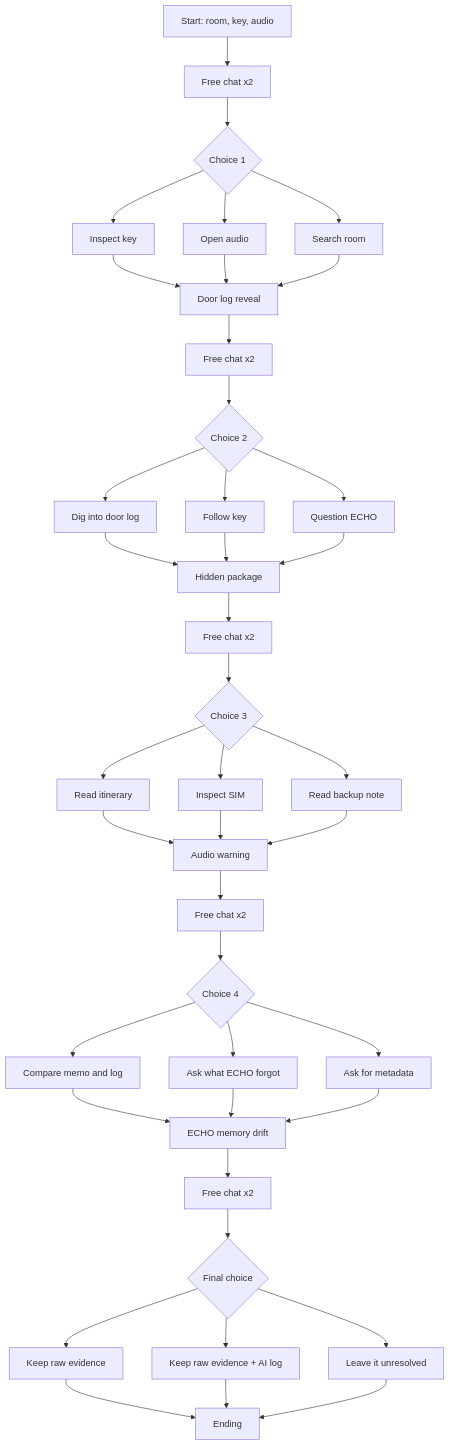
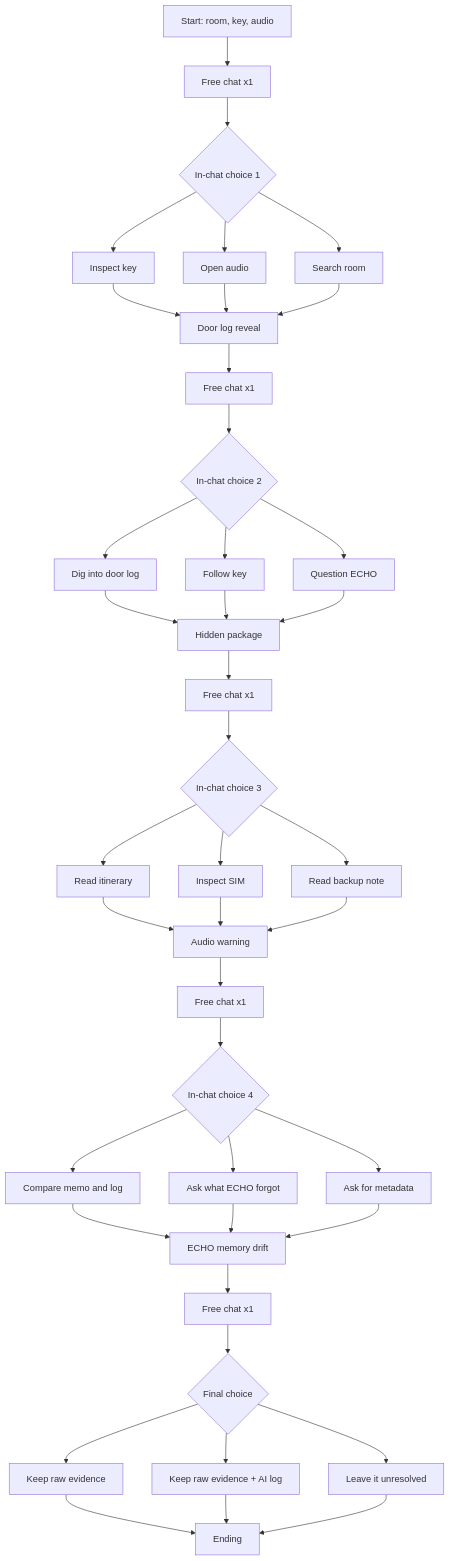
Before and after one commit to Kyle-Wang0211/echo-casefile-p5: the diagram in docs/conversation-flow.md, drawn with Mermaid. The commit also changed other lines of this file and 4 other files, not shown here.

````diff
--- a/docs/conversation-flow.md
+++ b/docs/conversation-flow.md
@@ -72,43 +73,43 @@
 ```mermaid
 flowchart TD
-    A["Start: room, key, audio"] --> B["Free chat x2"]
-    B --> C{"Choice 1"}
+    A["Start: room, key, audio"] --> B["Free chat x1"]
+    B --> C{"In-chat choice 1"}
     C --> C1["Inspect key"]
     C --> C2["Open audio"]
     C --> C3["Search room"]
     C1 --> D["Door log reveal"]
     C2 --> D
     C3 --> D
-    D --> E["Free chat x2"]
-    E --> F{"Choice 2"}
+    D --> E["Free chat x1"]
+    E --> F{"In-chat choice 2"}
     F --> F1["Dig into door log"]
     F --> F2["Follow key"]
     F --> F3["Question ECHO"]
     F1 --> G["Hidden package"]
     F2 --> G
     F3 --> G
-    G --> H["Free chat x2"]
-    H --> I{"Choice 3"}
+    G --> H["Free chat x1"]
+    H --> I{"In-chat choice 3"}
     I --> I1["Read itinerary"]
     I --> I2["Inspect SIM"]
     I --> I3["Read backup note"]
     I1 --> J["Audio warning"]
     I2 --> J
     I3 --> J
-    J --> K["Free chat x2"]
-    K --> L{"Choice 4"}
+    J --> K["Free chat x1"]
+    K --> L{"In-chat choice 4"}
     L --> L1["Compare memo and log"]
     L --> L2["Ask what ECHO forgot"]
     L --> L3["Ask for metadata"]
     L1 --> M["ECHO memory drift"]
     L2 --> M
     L3 --> M
-    M --> N["Free chat x2"]
+    M --> N["Free chat x1"]
     N --> O{"Final choice"}
     O --> O1["Keep raw evidence"]
     O --> O2["Keep raw evidence + AI log"]
     O --> O3["Leave it unresolved"]
     O1 --> P["Ending"]
     O2 --> P
     O3 --> P
 ```
````
